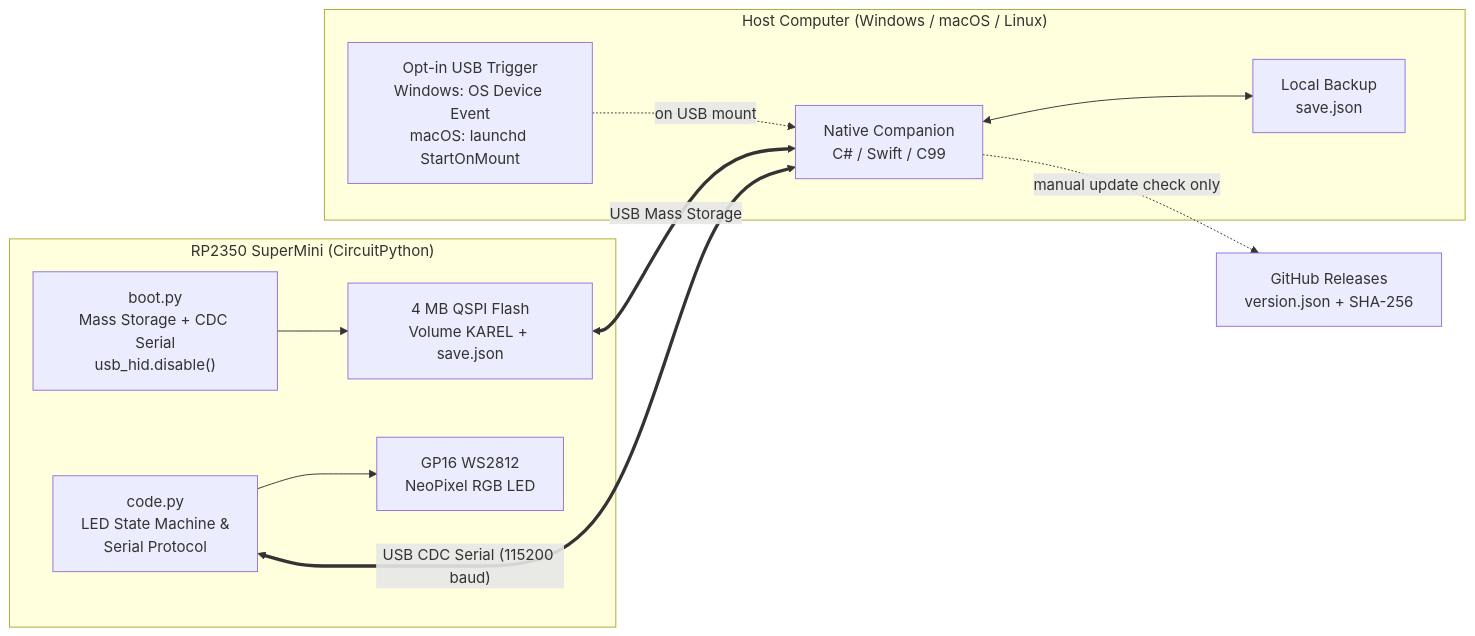
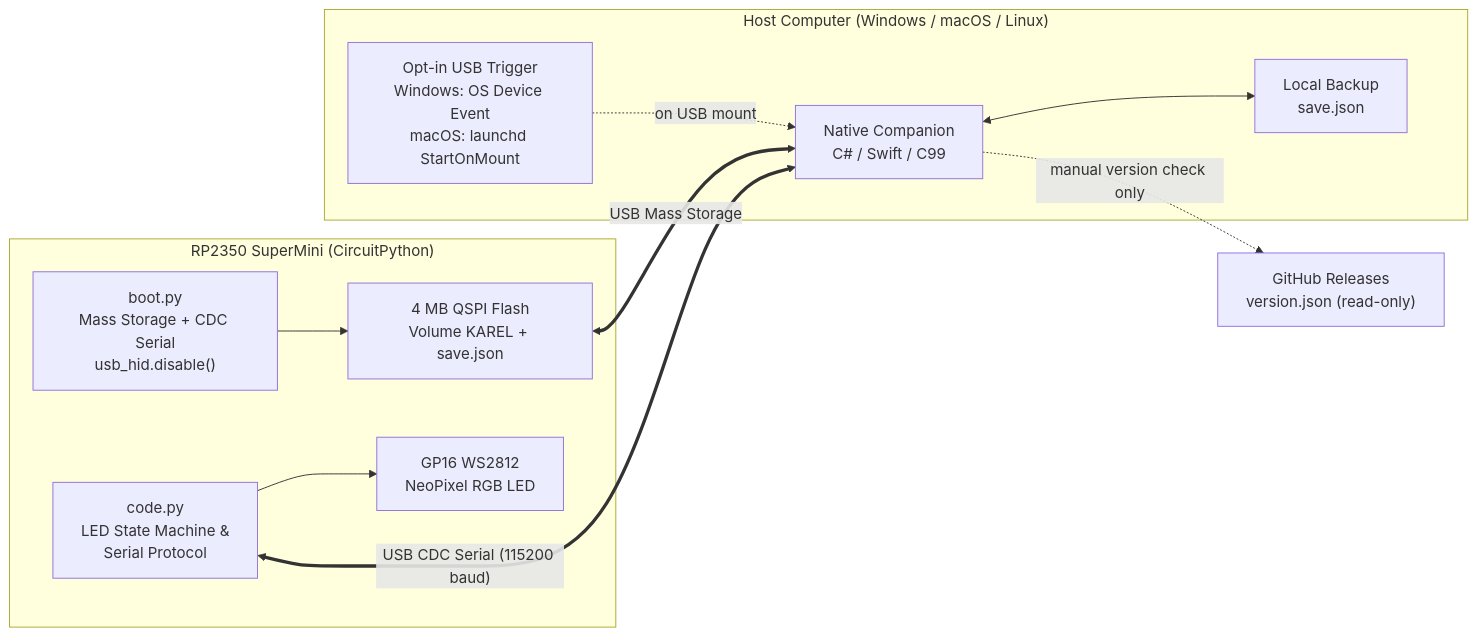
Before and after one commit to EgonRuiter/karel-de-koala: the diagram in README.md, drawn with Mermaid. The commit also changed other lines of this file and 13 other files, not shown here.

````diff
--- a/README.md
+++ b/README.md
@@ -132,25 +132,25 @@
 ```mermaid
 flowchart LR
     subgraph RP2350["RP2350 SuperMini (CircuitPython)"]
         BOOT["boot.py\nMass Storage + CDC Serial\nusb_hid.disable()"]
         FLASH["4 MB QSPI Flash\nVolume KAREL + save.json"]
         CODE["code.py\nLED State Machine &\nSerial Protocol"]
         LED["GP16 WS2812\nNeoPixel RGB LED"]
         BOOT --> FLASH
         CODE --> LED
     end
 
     subgraph HOST["Host Computer (Windows / macOS / Linux)"]
         APP["Native Companion\nC# / Swift / C99"]
         TRIGGER["Opt-in USB Trigger\nWindows: OS Device Event\nmacOS: launchd StartOnMount"]
         BACKUP["Local Backup\nsave.json"]
         TRIGGER -. "on USB mount" .-> APP
         APP <--> BACKUP
     end
 
-    GH["GitHub Releases\nversion.json + SHA-256"]
+    GH["GitHub Releases\nversion.json (read-only)"]
 
     FLASH <== "USB Mass Storage" ==> APP
     CODE <== "USB CDC Serial (115200 baud)" ==> APP
-    APP -. "manual update check only" .-> GH
+    APP -. "manual version check only" .-> GH
 ```
````
